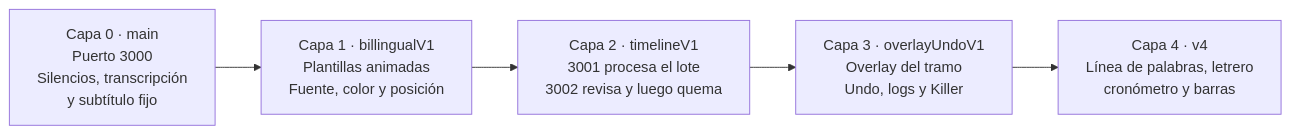
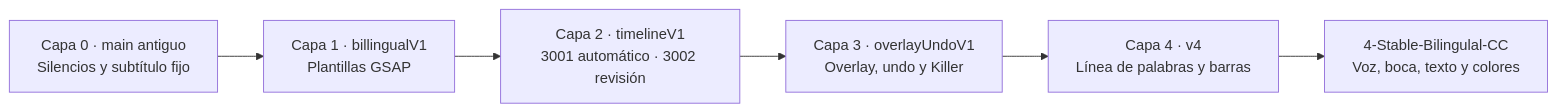
One commit to Juan9201/CC-V1 changed the first of 2 diagrams in README.md. Above: the diagram before and after it, drawn with Mermaid. The commit also changed other lines of this file and 21 other files, not shown here.

````diff
--- a/README.md
+++ b/README.md
@@ -7,9 +66,10 @@
 ```mermaid
 flowchart LR
-  c0["Capa 0 · main<br/>Puerto 3000<br/>Silencios, transcripción<br/>y subtítulo fijo"]
-  c1["Capa 1 · billingualV1<br/>Plantillas animadas<br/>Fuente, color y posición"]
-  c2["Capa 2 · timelineV1<br/>3001 procesa el lote<br/>3002 revisa y luego quema"]
-  c3["Capa 3 · overlayUndoV1<br/>Overlay del tramo<br/>Undo, logs y Killer"]
-  c4["Capa 4 · v4<br/>Línea de palabras, letrero<br/>cronómetro y barras"]
-  c0 --> c1 --> c2 --> c3 --> c4
+  c0["Capa 0 · main antiguo<br/>Silencios y subtítulo fijo"]
+  c1["Capa 1 · billingualV1<br/>Plantillas GSAP"]
+  c2["Capa 2 · timelineV1<br/>3001 automático · 3002 revisión"]
+  c3["Capa 3 · overlayUndoV1<br/>Overlay, undo y Killer"]
+  c4["Capa 4 · v4<br/>Línea de palabras y barras"]
+  c5["4-Stable-Bilingulal-CC<br/>Voz, boca, texto y colores"]
+  c0 --> c1 --> c2 --> c3 --> c4 --> c5
 ```
````
